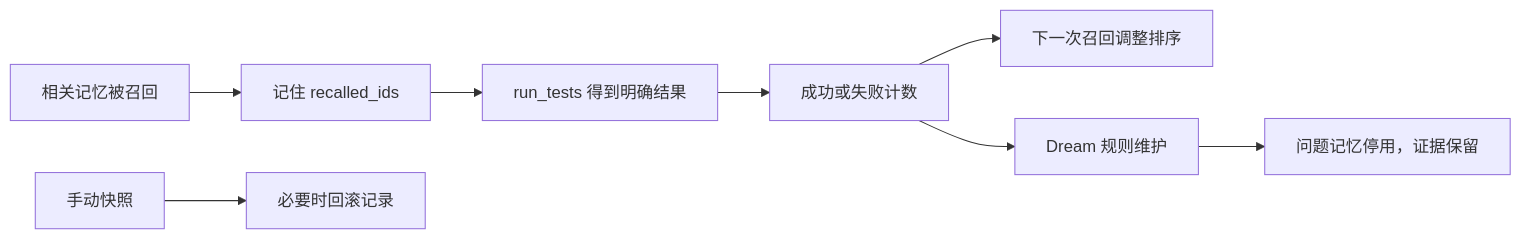
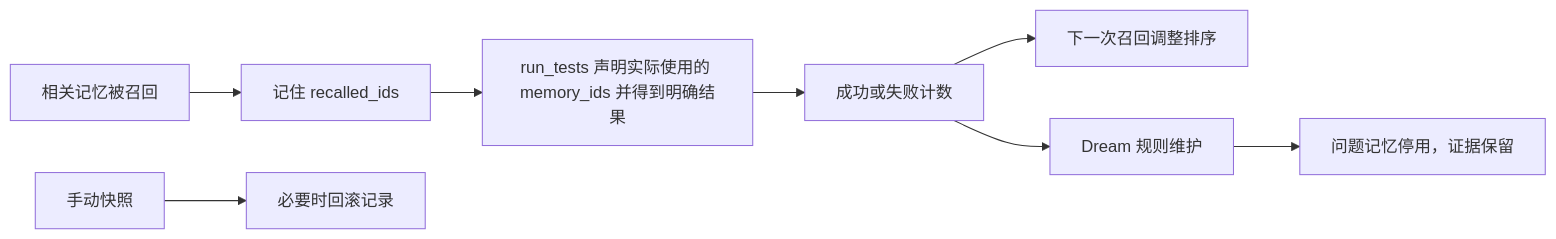
Before and after one commit to prossiblezero/Aster: the diagram in docs/learning/11-memory-evolution.md, drawn with Mermaid. The commit also changed other lines of this file and 892 other files, not shown here.

````diff
--- a/docs/learning/11-memory-evolution.md
+++ b/docs/learning/11-memory-evolution.md
@@ -15,10 +15,10 @@
 ```mermaid
 flowchart LR
     A[相关记忆被召回] --> B[记住 recalled_ids]
-    B --> C[run_tests 得到明确结果]
+    B --> C[run_tests 声明实际使用的 memory_ids 并得到明确结果]
     C --> D[成功或失败计数]
     D --> E[下一次召回调整排序]
     D --> F[Dream 规则维护]
     F --> G[问题记忆停用，证据保留]
     H[手动快照] --> I[必要时回滚记录]
 ```
````
